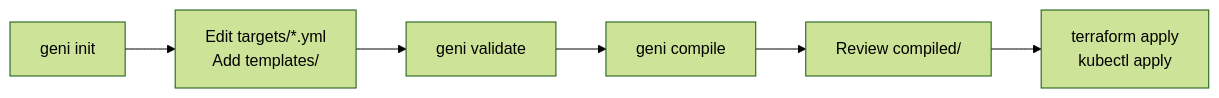
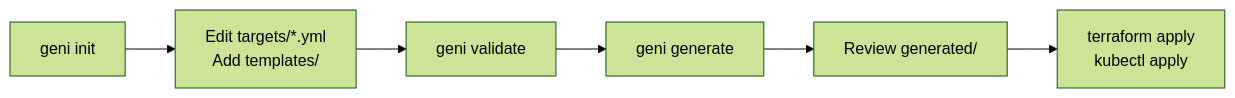
One commit to AgathEmmanuel/geni changed diagram 11 of 16 in ARCHITECTURE.md. Above: the diagram before and after it, drawn with Mermaid (forest theme). The commit also changed other lines of this file and 46 other files, not shown here.

````diff
--- a/ARCHITECTURE.md
+++ b/ARCHITECTURE.md
@@ -389,8 +431,8 @@
 ```mermaid
 flowchart LR
     Init["geni init"] --> Edit["Edit targets/*.yml<br/>Add templates/"]
     Edit --> Validate["geni validate"]
-    Validate --> Compile["geni compile"]
-    Compile --> Verify["Review compiled/"]
+    Validate --> Generate["geni generate"]
+    Generate --> Verify["Review generated/"]
     Verify --> Apply["terraform apply<br/>kubectl apply"]
 ```
````
